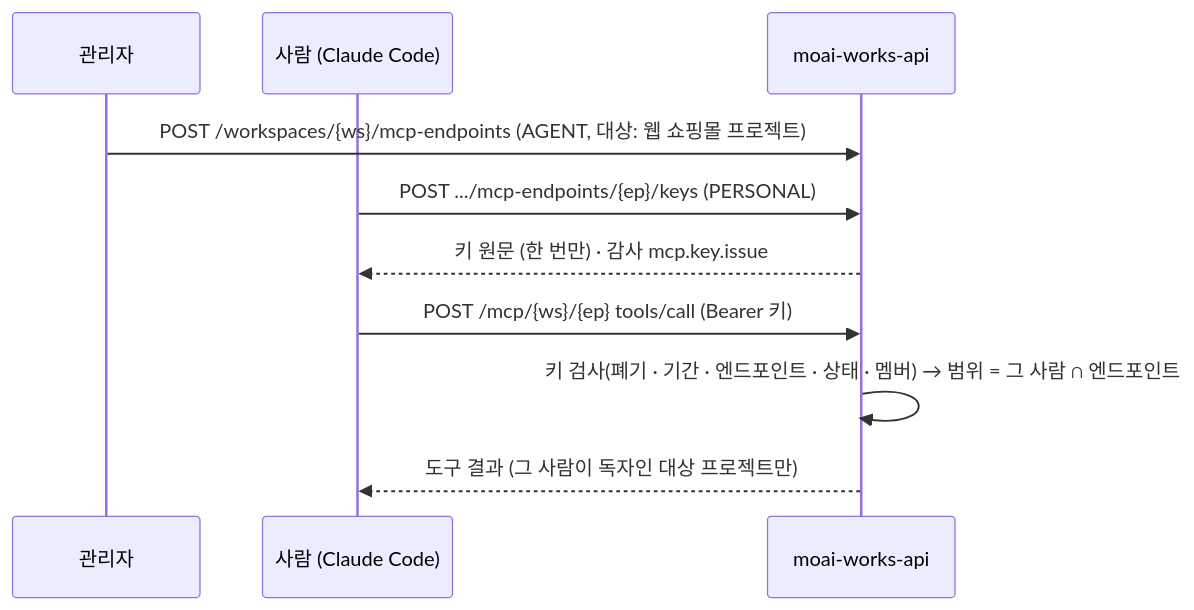
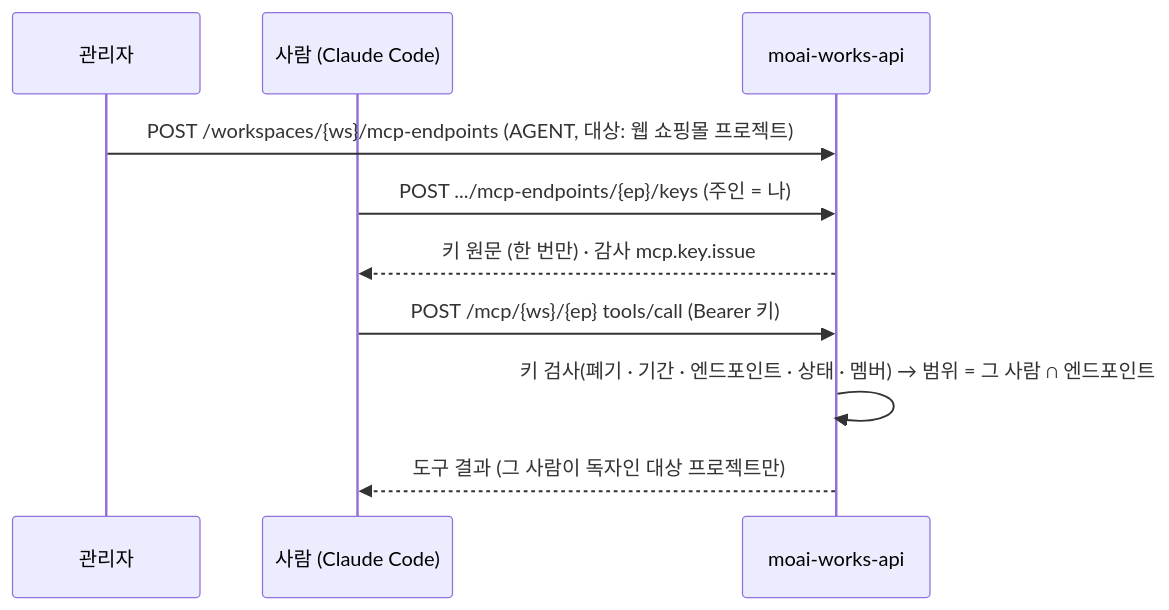
One commit to Gnori/moai-works changed the fifth of 5 diagrams in docs/design/03-workspace-identity.md. Above: the diagram before and after it, drawn with Mermaid. The commit also changed other lines of this file and 23 other files, not shown here.

````diff
--- a/docs/design/03-workspace-identity.md
+++ b/docs/design/03-workspace-identity.md
@@ -593,12 +592,12 @@
 ```mermaid
 sequenceDiagram
     participant M as 관리자
     participant P as 사람 (Claude Code)
     participant A as moai-works-api
     M->>A: POST /workspaces/{ws}/mcp-endpoints (AGENT, 대상: 웹 쇼핑몰 프로젝트)
-    P->>A: POST .../mcp-endpoints/{ep}/keys (PERSONAL)
+    P->>A: POST .../mcp-endpoints/{ep}/keys (주인 = 나)
     A-->>P: 키 원문 (한 번만) · 감사 mcp.key.issue
     P->>A: POST /mcp/{ws}/{ep} tools/call (Bearer 키)
     A->>A: 키 검사(폐기 · 기간 · 엔드포인트 · 상태 · 멤버) → 범위 = 그 사람 ∩ 엔드포인트
     A-->>P: 도구 결과 (그 사람이 독자인 대상 프로젝트만)
 ```
````
